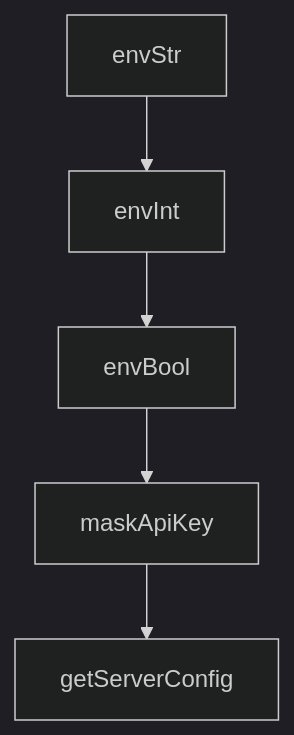
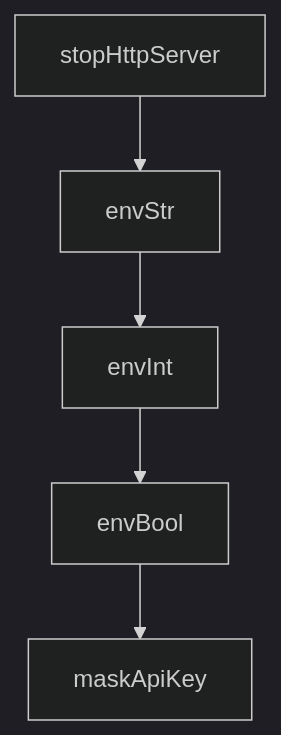
Before and after one commit to johnxie/awesome-code-docs: the second of 2 diagrams in tutorials/figma-context-mcp-tutorial/02-architecture-and-context-translation.md, drawn with Mermaid (dark theme). The commit also changed other lines of this file and 1232 other files, not shown here.

````diff
--- a/tutorials/figma-context-mcp-tutorial/02-architecture-and-context-translation.md
+++ b/tutorials/figma-context-mcp-tutorial/02-architecture-and-context-translation.md
@@ -212,12 +210,12 @@
 ```mermaid
 flowchart TD
-    A[envStr]
-    B[envInt]
-    C[envBool]
-    D[maskApiKey]
-    E[getServerConfig]
+    A[stopHttpServer]
+    B[envStr]
+    C[envInt]
+    D[envBool]
+    E[maskApiKey]
     A --> B
     B --> C
     C --> D
     D --> E
 ```
````
